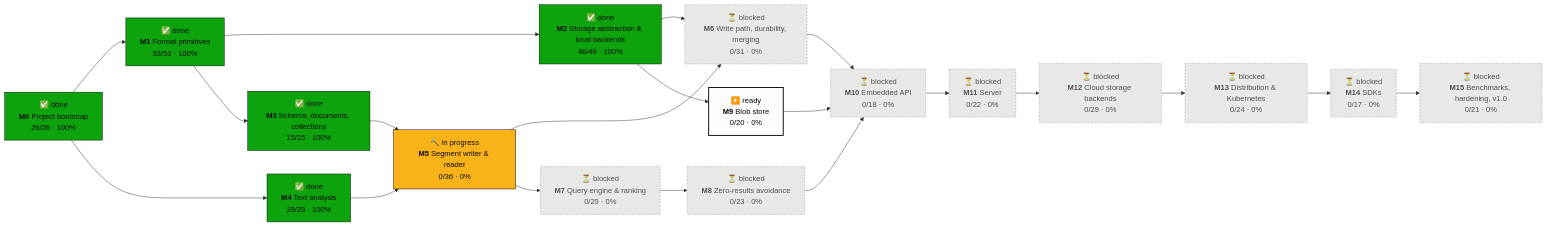
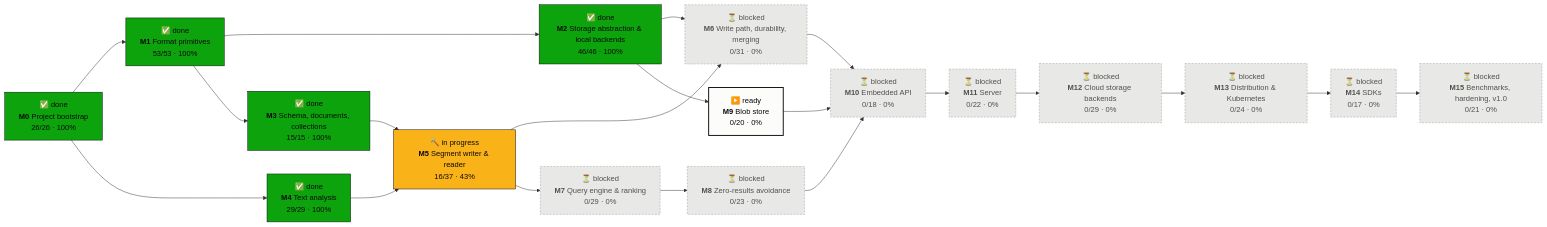
The first of 2 diagrams in PROGRESS.md (tomiok/persiaDB), drawn with Mermaid before and after one commit. The commit also changed other lines of this file and 17 other files, not shown here.

````diff
--- a/PROGRESS.md
+++ b/PROGRESS.md
@@ -16,42 +16,42 @@
 ```mermaid
 flowchart LR
   M0["✅ done<br/><b>M0</b> Project bootstrap<br/>26/26 · 100%"]:::done
   M1["✅ done<br/><b>M1</b> Format primitives<br/>53/53 · 100%"]:::done
   M2["✅ done<br/><b>M2</b> Storage abstraction & local backends<br/>46/46 · 100%"]:::done
   M3["✅ done<br/><b>M3</b> Schema, documents, collections<br/>15/15 · 100%"]:::done
   M4["✅ done<br/><b>M4</b> Text analysis<br/>29/29 · 100%"]:::done
-  M5["🔨 in progress<br/><b>M5</b> Segment writer & reader<br/>0/36 · 0%"]:::doing
+  M5["🔨 in progress<br/><b>M5</b> Segment writer & reader<br/>16/37 · 43%"]:::doing
   M6["⏳ blocked<br/><b>M6</b> Write path, durability, merging<br/>0/31 · 0%"]:::blocked
   M7["⏳ blocked<br/><b>M7</b> Query engine & ranking<br/>0/29 · 0%"]:::blocked
   M8["⏳ blocked<br/><b>M8</b> Zero-results avoidance<br/>0/23 · 0%"]:::blocked
   M9["▶️ ready<br/><b>M9</b> Blob store<br/>0/20 · 0%"]:::ready
   M10["⏳ blocked<br/><b>M10</b> Embedded API<br/>0/18 · 0%"]:::blocked
   M11["⏳ blocked<br/><b>M11</b> Server<br/>0/22 · 0%"]:::blocked
   M12["⏳ blocked<br/><b>M12</b> Cloud storage backends<br/>0/29 · 0%"]:::blocked
   M13["⏳ blocked<br/><b>M13</b> Distribution & Kubernetes<br/>0/24 · 0%"]:::blocked
   M14["⏳ blocked<br/><b>M14</b> SDKs<br/>0/17 · 0%"]:::blocked
   M15["⏳ blocked<br/><b>M15</b> Benchmarks, hardening, v1.0<br/>0/21 · 0%"]:::blocked
   M0 --> M1
   M1 --> M2
   M1 --> M3
   M0 --> M4
   M3 --> M5
   M4 --> M5
   M2 --> M6
   M5 --> M6
   M5 --> M7
   M7 --> M8
   M2 --> M9
   M6 --> M10
   M8 --> M10
   M9 --> M10
   M10 --> M11
   M11 --> M12
   M12 --> M13
   M13 --> M14
   M14 --> M15
   classDef done fill:#0ca30c,stroke:#0b0b0b,color:#0b0b0b
   classDef doing fill:#fab219,stroke:#0b0b0b,color:#0b0b0b
   classDef ready fill:#fcfcfb,stroke:#0b0b0b,stroke-width:2px,color:#0b0b0b
   classDef blocked fill:#e8e8e6,stroke:#9a9a96,stroke-dasharray:4 3,color:#52514e
 ```
````
